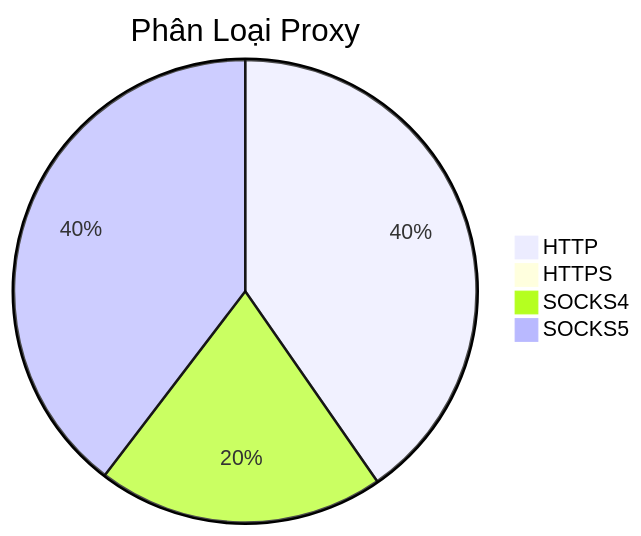
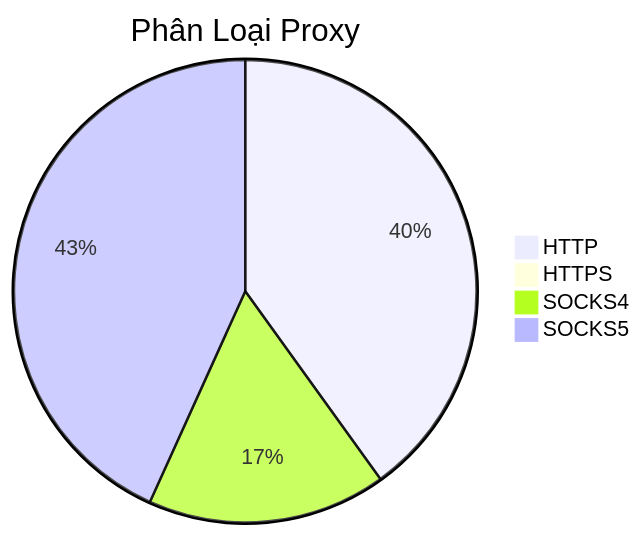
Before and after one commit to Ciara-12/PROXY-free: the diagram in README.md, drawn with Mermaid. The commit also changed other lines of this file and 3 other files, not shown here.

````diff
--- a/README.md
+++ b/README.md
@@ -26,7 +26,7 @@
 ```mermaid
 pie title Phân Loại Proxy
-    "HTTP" : 731
+    "HTTP" : 708
     "HTTPS" : 0
-    "SOCKS4" : 363
-    "SOCKS5" : 718
+    "SOCKS4" : 295
+    "SOCKS5" : 764
 ```
````
